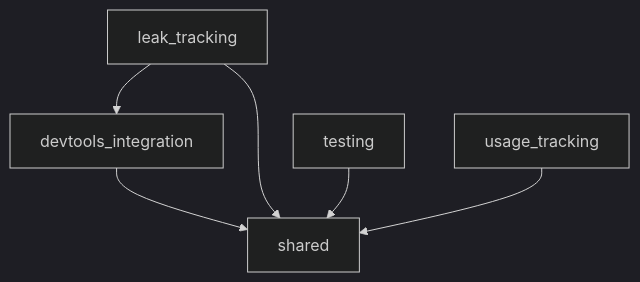
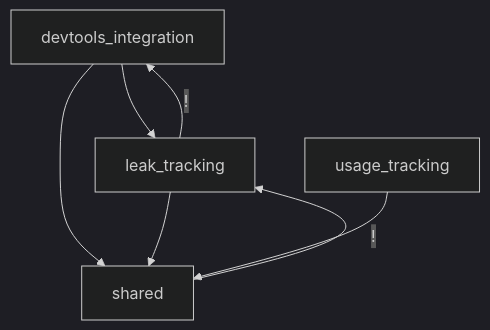
The diagram in pkgs/leak_tracker/lib/src/DEPENDENCIES.md (dart-lang/leak_tracker), drawn with Mermaid (dark theme) before and after one commit. The commit also changed 13 other files, not shown here.

````diff
--- a/pkgs/leak_tracker/lib/src/DEPENDENCIES.md
+++ b/pkgs/leak_tracker/lib/src/DEPENDENCIES.md
@@ -6,8 +6,9 @@
 ```mermaid
 flowchart TD;
+devtools_integration-->leak_tracking;
 devtools_integration-->shared;
-leak_tracking-->devtools_integration;
+leak_tracking--!-->devtools_integration;
 leak_tracking-->shared;
-testing-->shared;
+shared--!-->leak_tracking;
 usage_tracking-->shared;
 ```
````
